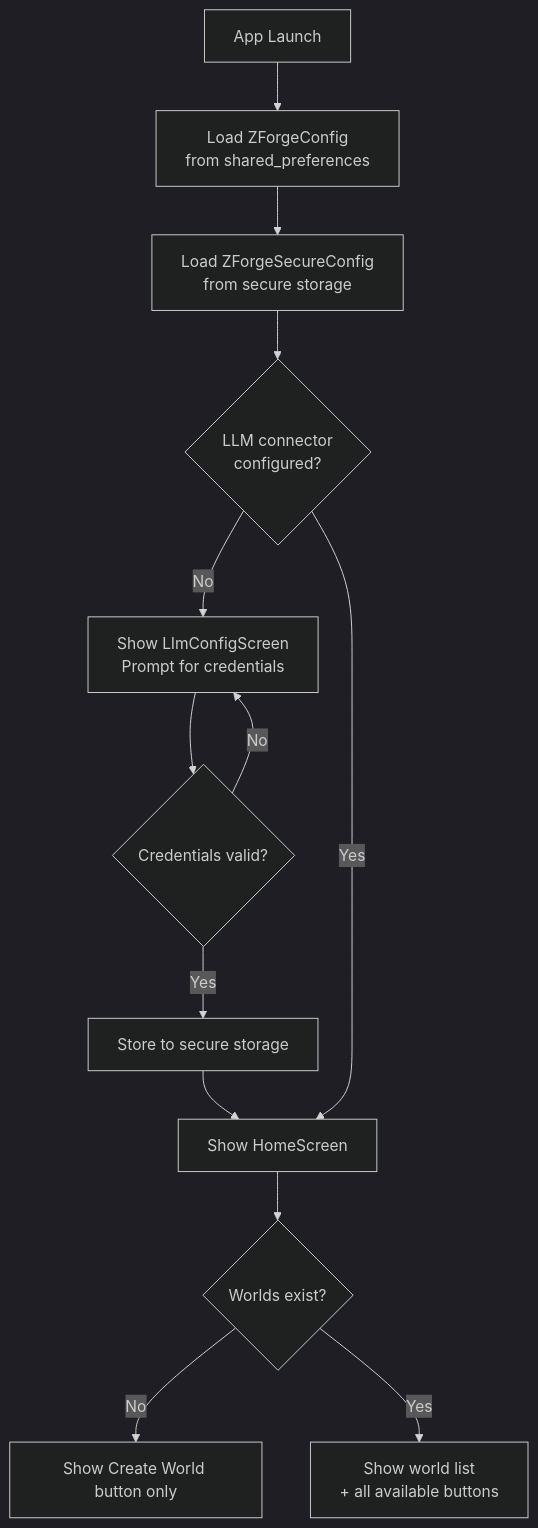
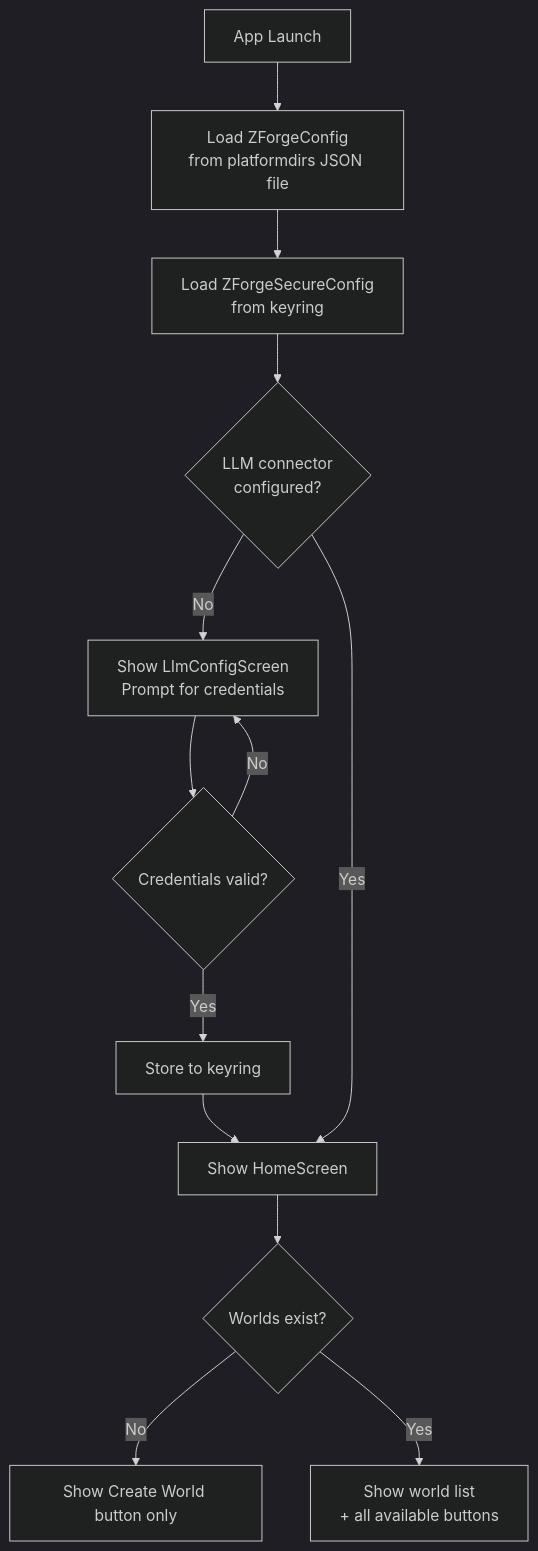
The second of 4 diagrams in docs/User Experience.md (peterbaileyct/zforge), drawn with Mermaid (dark theme) before and after one commit. The commit also changed other lines of this file and 11 other files, not shown here.

````diff
--- a/docs/User Experience.md
+++ b/docs/User Experience.md
@@ -163,15 +157,15 @@
 ```mermaid
 flowchart TD
-    A[App Launch] --> B[Load ZForgeConfig\nfrom shared_preferences]
-    B --> C[Load ZForgeSecureConfig\nfrom secure storage]
+    A[App Launch] --> B[Load ZForgeConfig\nfrom platformdirs JSON file]
+    B --> C[Load ZForgeSecureConfig\nfrom keyring]
     C --> D{LLM connector\nconfigured?}
     D -- No --> E[Show LlmConfigScreen\nPrompt for credentials]
     E --> F{Credentials valid?}
     F -- No --> E
-    F -- Yes --> G[Store to secure storage]
+    F -- Yes --> G[Store to keyring]
     G --> H[Show HomeScreen]
     D -- Yes --> H
     H --> I{Worlds exist?}
     I -- No --> J[Show Create World button only]
     I -- Yes --> K[Show world list\n+ all available buttons]
 ```
````
